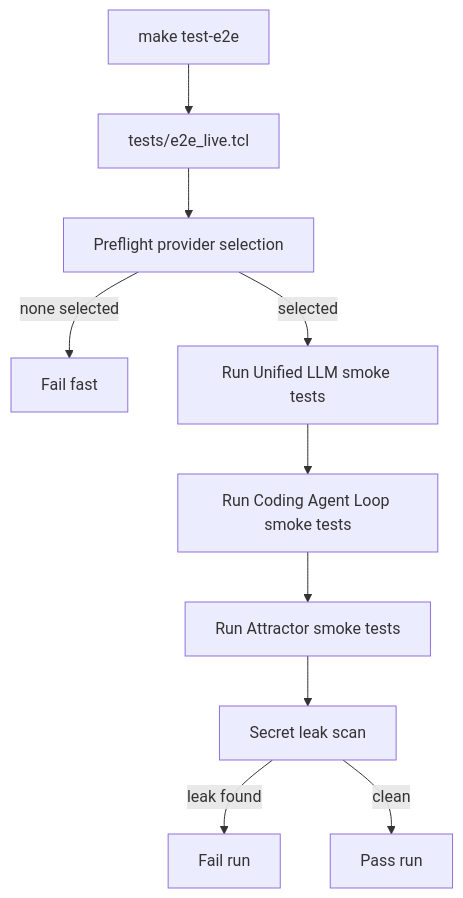
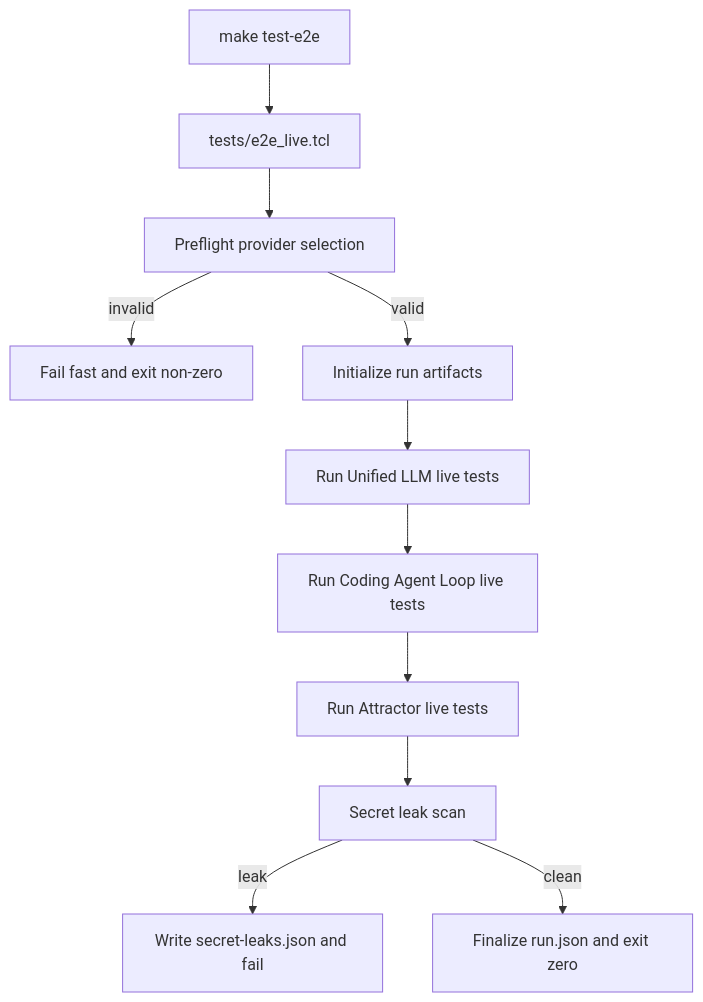
One commit to jaytaylor/attractor-tcl changed the third of 5 diagrams in docs/sprints/SPRINT-004-comprehensive-implementation-plan.md. Above: the diagram before and after it, drawn with Mermaid. The commit also changed other lines of this file, not shown here.

Commit message:
docs: finalize sprint 004 implementation plan with verification evidence

````diff
--- a/docs/sprints/SPRINT-004-comprehensive-implementation-plan.md
+++ b/docs/sprints/SPRINT-004-comprehensive-implementation-plan.md
@@ -1331,13 +921,13 @@
 ```mermaid
-%% Source: .scratch/diagrams/sprint-004/implementation-plan/workflow.mmd
 flowchart TD
   A[make test-e2e] --> B[tests/e2e_live.tcl]
   B --> C[Preflight provider selection]
-  C -->|none selected| D[Fail fast]
-  C -->|selected| E[Run Unified LLM smoke tests]
-  E --> F[Run Coding Agent Loop smoke tests]
-  F --> G[Run Attractor smoke tests]
-  G --> H[Secret leak scan]
-  H -->|leak found| I[Fail run]
-  H -->|clean| J[Pass run]
+  C -->|invalid| D[Fail fast and exit non-zero]
+  C -->|valid| E[Initialize run artifacts]
+  E --> F[Run Unified LLM live tests]
+  F --> G[Run Coding Agent Loop live tests]
+  G --> H[Run Attractor live tests]
+  H --> I[Secret leak scan]
+  I -->|leak| J[Write secret-leaks.json and fail]
+  I -->|clean| K[Finalize run.json and exit zero]
 ```
````
